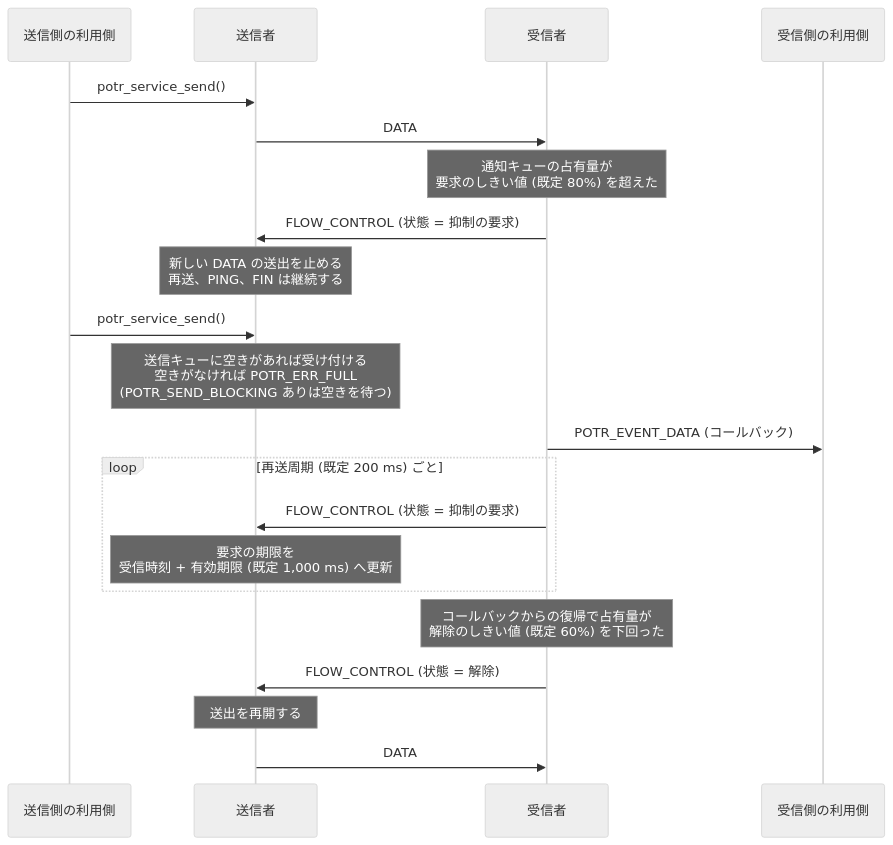
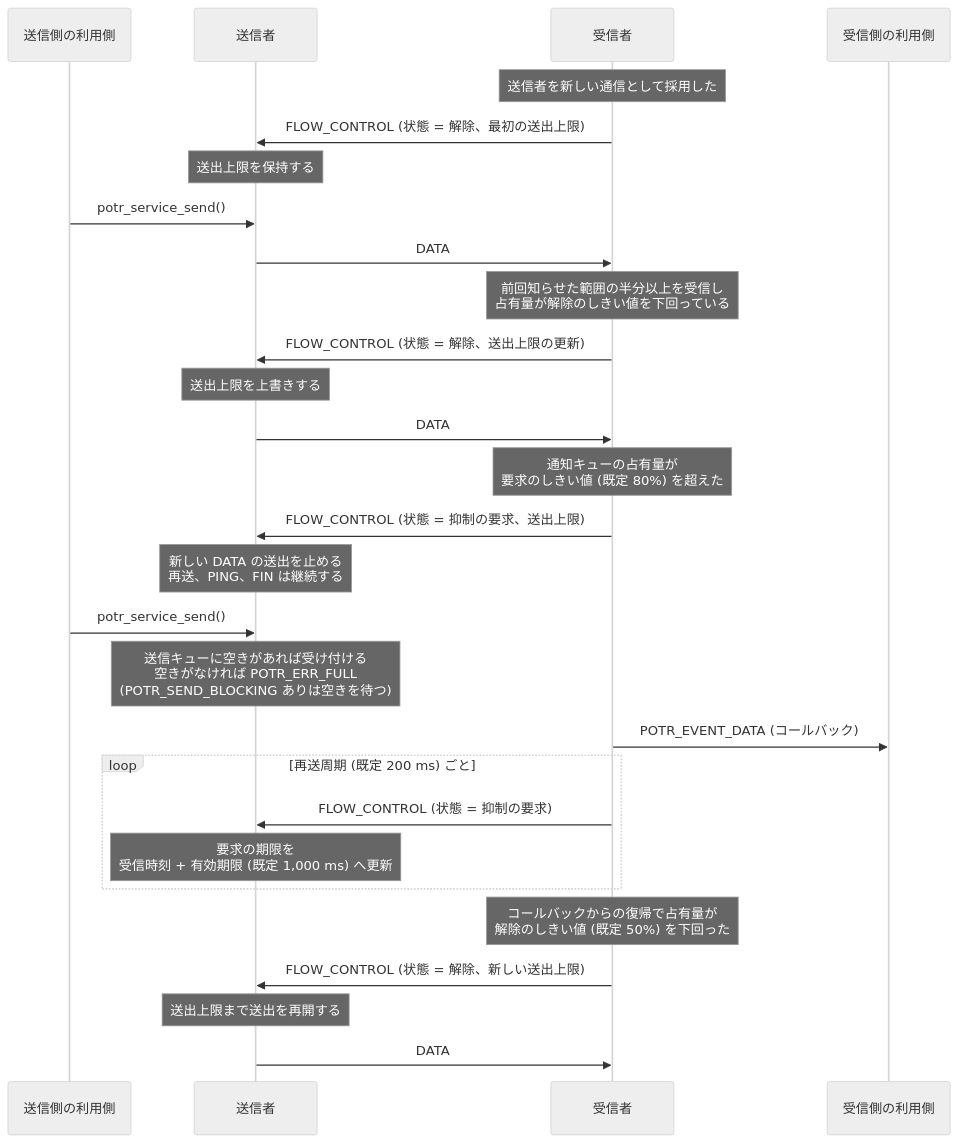
Before and after one commit to Hondarer/app_porter: the tenth of 13 diagrams in docs/sequence-data.md, drawn with Mermaid (neutral theme). The commit also changed other lines of this file and 34 other files, not shown here.

````diff
--- a/docs/sequence-data.md
+++ b/docs/sequence-data.md
@@ -409,24 +410,31 @@
 ```mermaid
 sequenceDiagram
     participant SApp as 送信側の利用側
     participant S as 送信者
     participant R as 受信者
     participant RApp as 受信側の利用側
 
+    Note over R: 送信者を新しい通信として採用した
+    R->>S: FLOW_CONTROL (状態 = 解除、最初の送出上限)
+    Note over S: 送出上限を保持する
     SApp->>S: potr_service_send()
     S->>R: DATA
+    Note over R: 前回知らせた範囲の半分以上を受信し<br>占有量が解除のしきい値を下回っている
+    R->>S: FLOW_CONTROL (状態 = 解除、送出上限の更新)
+    Note over S: 送出上限を上書きする
+    S->>R: DATA
     Note over R: 通知キューの占有量が<br>要求のしきい値 (既定 80%) を超えた
-    R->>S: FLOW_CONTROL (状態 = 抑制の要求)
+    R->>S: FLOW_CONTROL (状態 = 抑制の要求、送出上限)
     Note over S: 新しい DATA の送出を止める<br>再送、PING、FIN は継続する
     SApp->>S: potr_service_send()
     Note over S: 送信キューに空きがあれば受け付ける<br>空きがなければ POTR_ERR_FULL<br>(POTR_SEND_BLOCKING ありは空きを待つ)
     R->>RApp: POTR_EVENT_DATA (コールバック)
     loop 再送周期 (既定 200 ms) ごと
         R->>S: FLOW_CONTROL (状態 = 抑制の要求)
         Note over S: 要求の期限を<br>受信時刻 + 有効期限 (既定 1,000 ms) へ更新
     end
-    Note over R: コールバックからの復帰で占有量が<br>解除のしきい値 (既定 60%) を下回った
-    R->>S: FLOW_CONTROL (状態 = 解除)
-    Note over S: 送出を再開する
+    Note over R: コールバックからの復帰で占有量が<br>解除のしきい値 (既定 50%) を下回った
+    R->>S: FLOW_CONTROL (状態 = 解除、新しい送出上限)
+    Note over S: 送出上限まで送出を再開する
     S->>R: DATA
 ```
````
